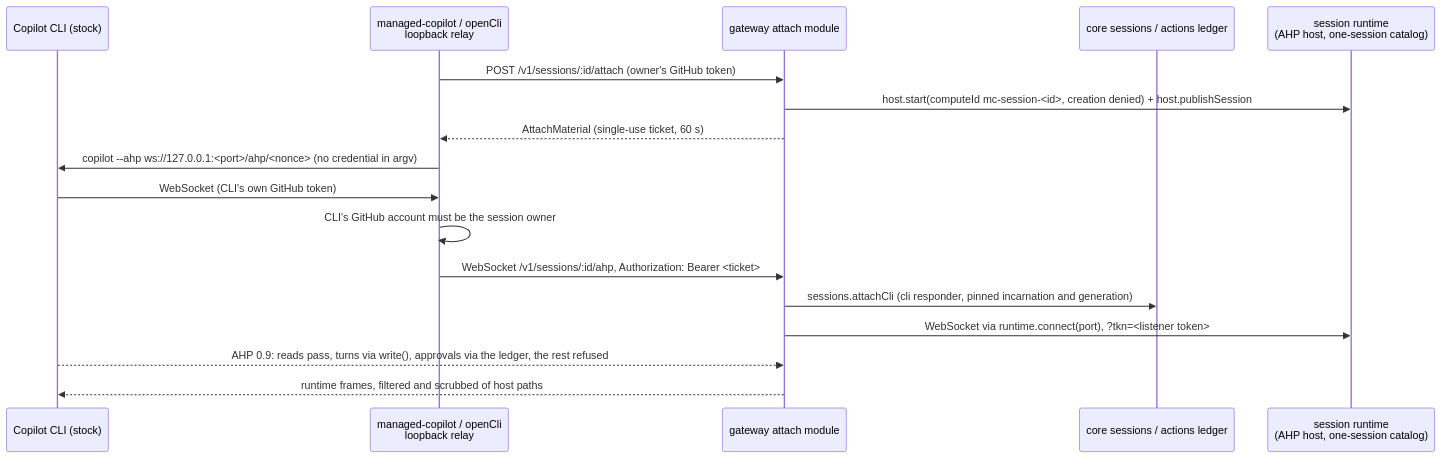
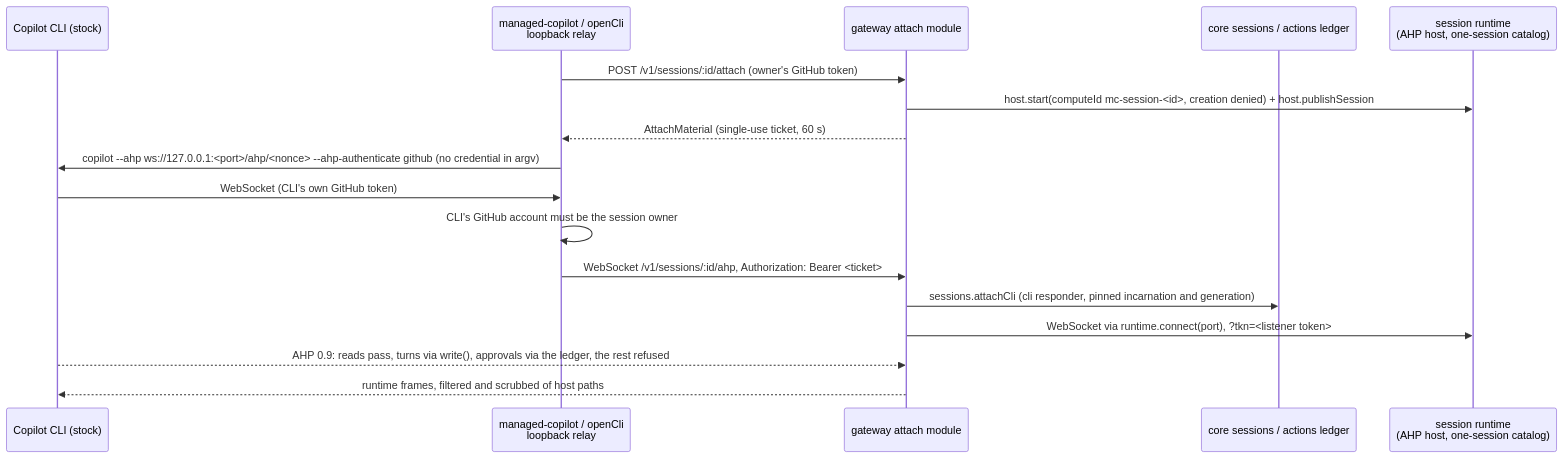
One commit to patniko/managed-copilot-sdk changed the second of 2 diagrams in docs/architecture.md. Above: the diagram before and after it, drawn with Mermaid. The commit also changed other lines of this file and 4 other files, not shown here.

First line of the commit message:
Fix GitHub authentication for Copilot CLI attachment

````diff
--- a/docs/architecture.md
+++ b/docs/architecture.md
@@ -1523,19 +1523,19 @@
 ```mermaid
 sequenceDiagram
   participant CLI as Copilot CLI (stock)
   participant Relay as managed-copilot / openCli<br/>loopback relay
   participant GW as gateway attach module
   participant Core as core sessions / actions ledger
   participant RT as session runtime<br/>(AHP host, one-session catalog)
   Relay->>GW: POST /v1/sessions/:id/attach (owner's GitHub token)
   GW->>RT: host.start(computeId mc-session-<id>, creation denied) + host.publishSession
   GW-->>Relay: AttachMaterial (single-use ticket, 60 s)
-  Relay->>CLI: copilot --ahp ws://127.0.0.1:<port>/ahp/<nonce> (no credential in argv)
+  Relay->>CLI: copilot --ahp ws://127.0.0.1:<port>/ahp/<nonce> --ahp-authenticate github (no credential in argv)
   CLI->>Relay: WebSocket (CLI's own GitHub token)
   Relay->>Relay: CLI's GitHub account must be the session owner
   Relay->>GW: WebSocket /v1/sessions/:id/ahp, Authorization: Bearer <ticket>
   GW->>Core: sessions.attachCli (cli responder, pinned incarnation and generation)
   GW->>RT: WebSocket via runtime.connect(port), ?tkn=<listener token>
   CLI-->>GW: AHP 0.9: reads pass, turns via write(), approvals via the ledger, the rest refused
   GW-->>CLI: runtime frames, filtered and scrubbed of host paths
 ```
````
